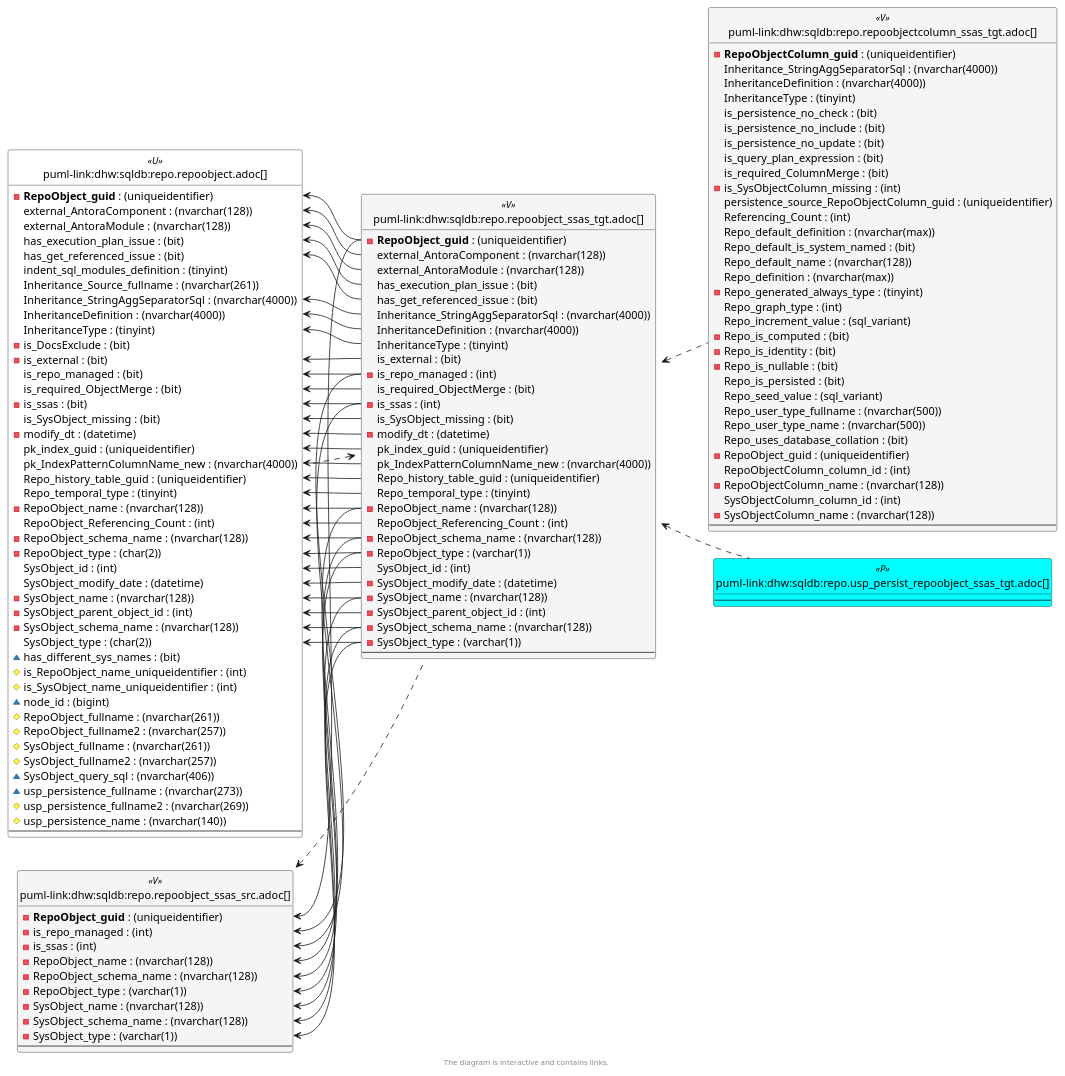
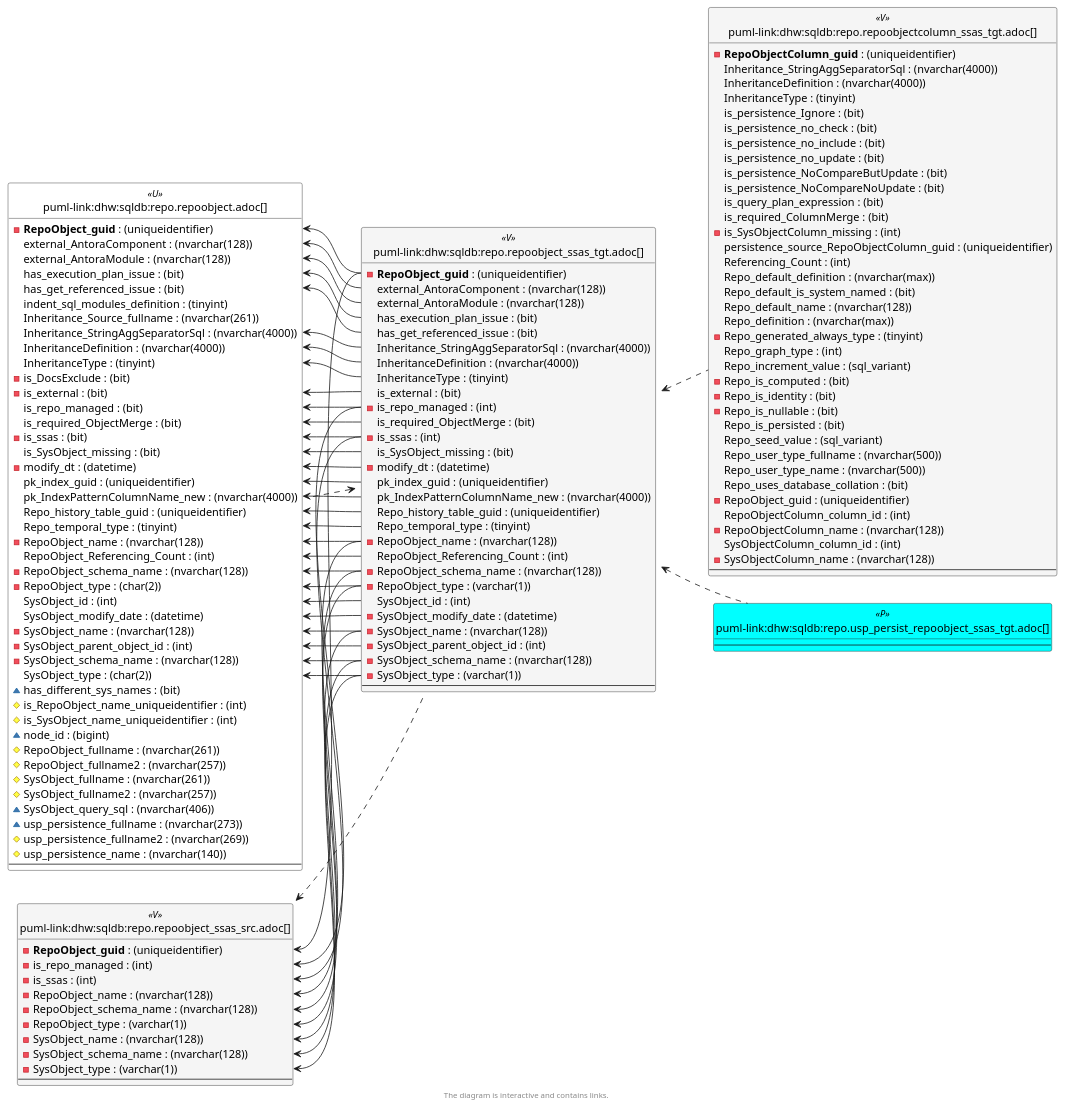
The sixth of 6 diagrams in docs/modules/sqldb/partials/content/repo.repoobject_ssas_tgt.adoc (DataHandwerk/dhw-antora-sqldb), drawn with PlantUML before and after one commit. The commit also changed other lines of this file and 751 other files, not shown here.

```diff
--- a/docs/modules/sqldb/partials/content/repo.repoobject_ssas_tgt.adoc
+++ b/docs/modules/sqldb/partials/content/repo.repoobject_ssas_tgt.adoc
@@ -3984,9 +4017,12 @@
   Inheritance_StringAggSeparatorSql : (nvarchar(4000))
   InheritanceDefinition : (nvarchar(4000))
   InheritanceType : (tinyint)
+  is_persistence_Ignore : (bit)
   is_persistence_no_check : (bit)
   is_persistence_no_include : (bit)
   is_persistence_no_update : (bit)
+  is_persistence_NoCompareButUpdate : (bit)
+  is_persistence_NoCompareNoUpdate : (bit)
   is_query_plan_expression : (bit)
   is_required_ColumnMerge : (bit)
   - is_SysObjectColumn_missing : (int)
@@ -4020,9 +4056,9 @@
 }
 
 repo.RepoObject_SSAS_src <.. repo.RepoObject_SSAS_tgt
+repo.RepoObject_SSAS_tgt <.. repo.usp_PERSIST_RepoObject_SSAS_tgt
 repo.RepoObject_SSAS_tgt <.. repo.RepoObject
 repo.RepoObject_SSAS_tgt <.. repo.RepoObjectColumn_SSAS_tgt
-repo.RepoObject_SSAS_tgt <.. repo.usp_PERSIST_RepoObject_SSAS_tgt
 "repo.RepoObject::external_AntoraComponent" <-- "repo.RepoObject_SSAS_tgt::external_AntoraComponent"
 "repo.RepoObject::external_AntoraModule" <-- "repo.RepoObject_SSAS_tgt::external_AntoraModule"
 "repo.RepoObject::has_execution_plan_issue" <-- "repo.RepoObject_SSAS_tgt::has_execution_plan_issue"
```
